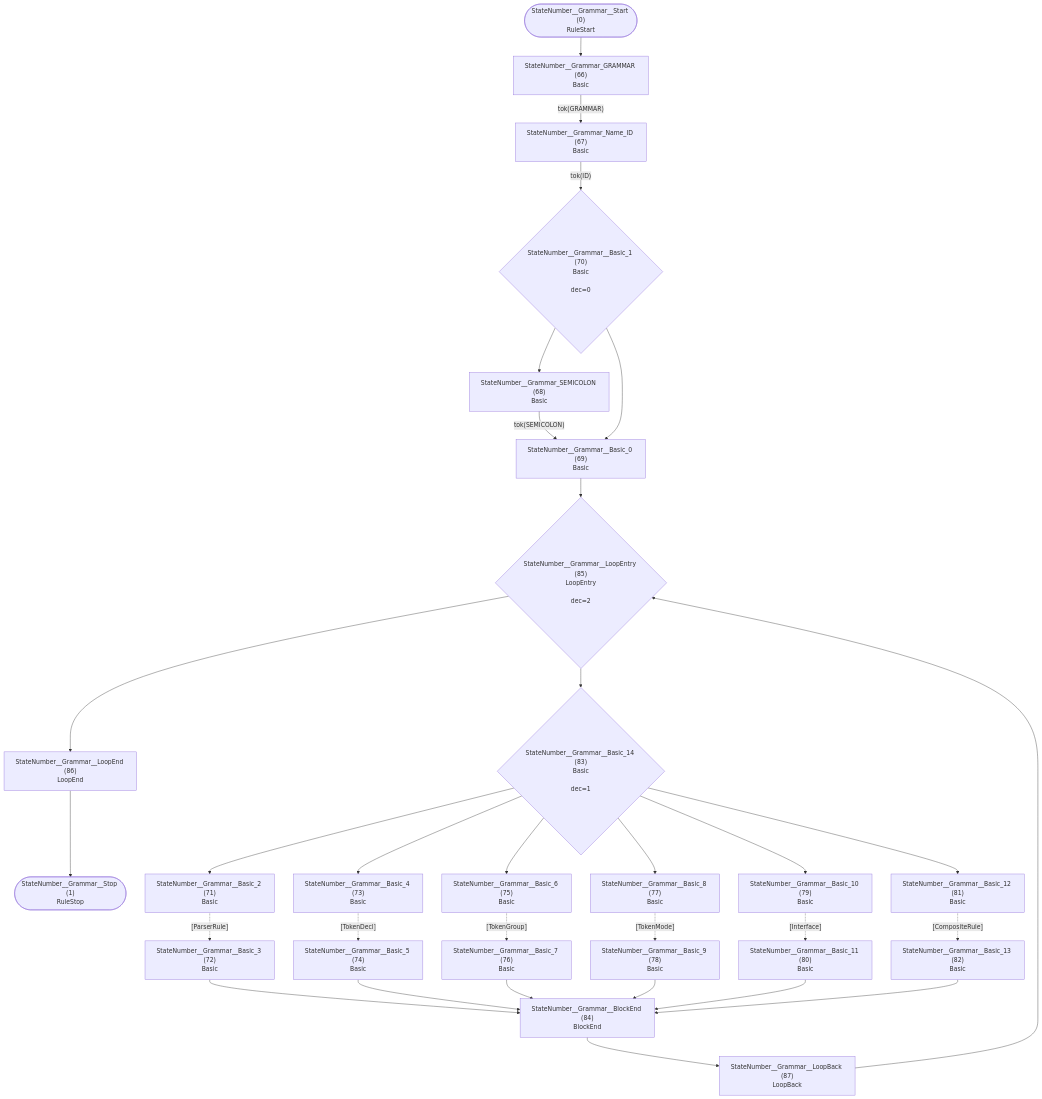
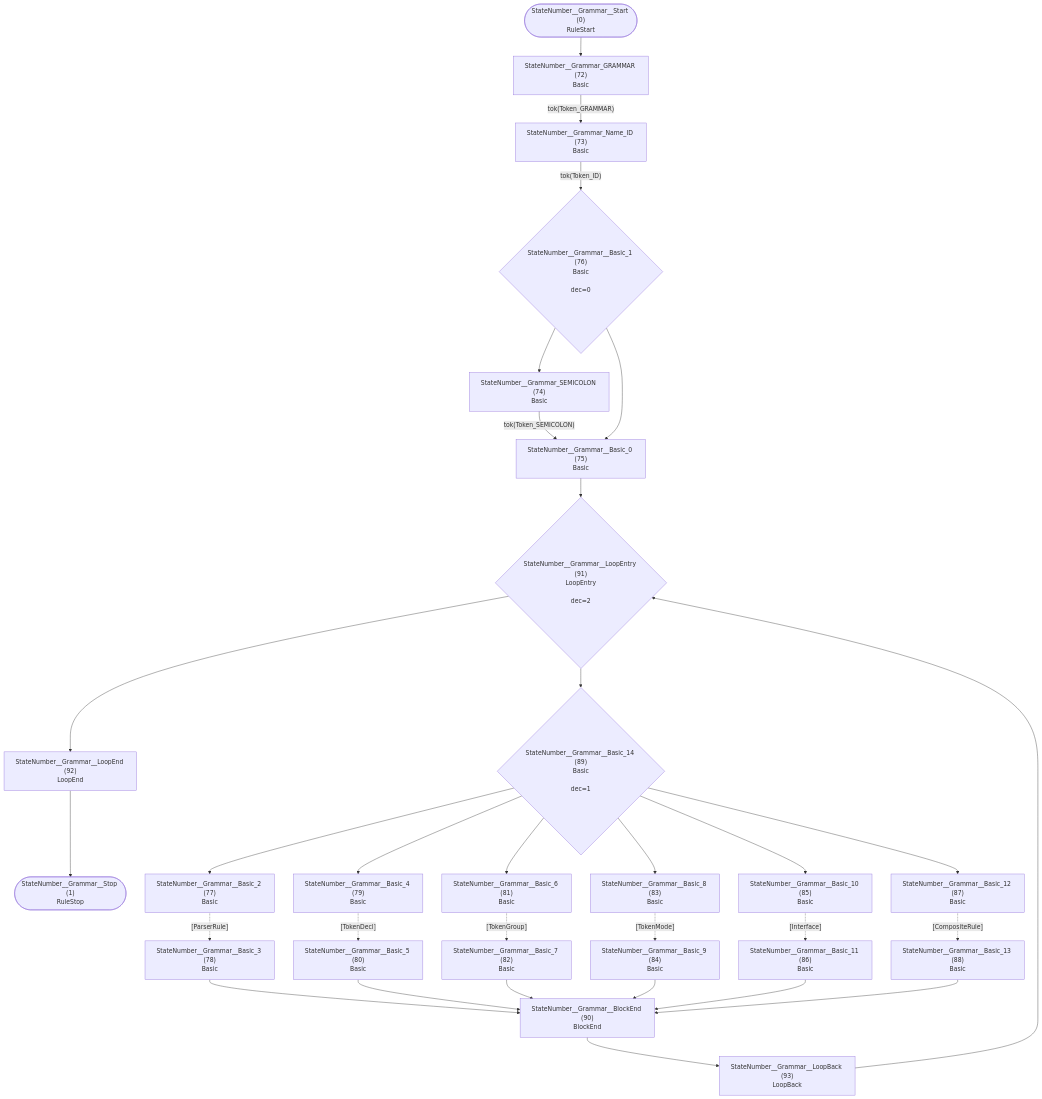
Before and after one commit to TypeFox/fastbelt: the first of 36 diagrams in internal/grammar/atn.md, drawn with Mermaid. The commit also changed other lines of this file and 6 other files, not shown here.

````diff
--- a/internal/grammar/atn.md
+++ b/internal/grammar/atn.md
@@ -5,58 +5,58 @@
 ```mermaid
 flowchart TD
     q0(["StateNumber__Grammar__Start (0)<br/>RuleStart"])
     q1(["StateNumber__Grammar__Stop (1)<br/>RuleStop"])
-    q66["StateNumber__Grammar_GRAMMAR (66)<br/>Basic<br/>"]
-    q67["StateNumber__Grammar_Name_ID (67)<br/>Basic<br/>"]
-    q68["StateNumber__Grammar_SEMICOLON (68)<br/>Basic<br/>"]
-    q69["StateNumber__Grammar__Basic_0 (69)<br/>Basic<br/>"]
-    q70{"StateNumber__Grammar__Basic_1 (70)<br/>Basic<br/><br/>dec=0"}
-    q71["StateNumber__Grammar__Basic_2 (71)<br/>Basic<br/>"]
-    q72["StateNumber__Grammar__Basic_3 (72)<br/>Basic<br/>"]
-    q73["StateNumber__Grammar__Basic_4 (73)<br/>Basic<br/>"]
-    q74["StateNumber__Grammar__Basic_5 (74)<br/>Basic<br/>"]
-    q75["StateNumber__Grammar__Basic_6 (75)<br/>Basic<br/>"]
-    q76["StateNumber__Grammar__Basic_7 (76)<br/>Basic<br/>"]
-    q77["StateNumber__Grammar__Basic_8 (77)<br/>Basic<br/>"]
-    q78["StateNumber__Grammar__Basic_9 (78)<br/>Basic<br/>"]
-    q79["StateNumber__Grammar__Basic_10 (79)<br/>Basic<br/>"]
-    q80["StateNumber__Grammar__Basic_11 (80)<br/>Basic<br/>"]
-    q81["StateNumber__Grammar__Basic_12 (81)<br/>Basic<br/>"]
-    q82["StateNumber__Grammar__Basic_13 (82)<br/>Basic<br/>"]
-    q83{"StateNumber__Grammar__Basic_14 (83)<br/>Basic<br/><br/>dec=1"}
-    q84["StateNumber__Grammar__BlockEnd (84)<br/>BlockEnd<br/>"]
-    q85{"StateNumber__Grammar__LoopEntry (85)<br/>LoopEntry<br/><br/>dec=2"}
-    q86["StateNumber__Grammar__LoopEnd (86)<br/>LoopEnd<br/>"]
-    q87["StateNumber__Grammar__LoopBack (87)<br/>LoopBack<br/>"]
+    q72["StateNumber__Grammar_GRAMMAR (72)<br/>Basic<br/>"]
+    q73["StateNumber__Grammar_Name_ID (73)<br/>Basic<br/>"]
+    q74["StateNumber__Grammar_SEMICOLON (74)<br/>Basic<br/>"]
+    q75["StateNumber__Grammar__Basic_0 (75)<br/>Basic<br/>"]
+    q76{"StateNumber__Grammar__Basic_1 (76)<br/>Basic<br/><br/>dec=0"}
+    q77["StateNumber__Grammar__Basic_2 (77)<br/>Basic<br/>"]
+    q78["StateNumber__Grammar__Basic_3 (78)<br/>Basic<br/>"]
+    q79["StateNumber__Grammar__Basic_4 (79)<br/>Basic<br/>"]
+    q80["StateNumber__Grammar__Basic_5 (80)<br/>Basic<br/>"]
+    q81["StateNumber__Grammar__Basic_6 (81)<br/>Basic<br/>"]
+    q82["StateNumber__Grammar__Basic_7 (82)<br/>Basic<br/>"]
+    q83["StateNumber__Grammar__Basic_8 (83)<br/>Basic<br/>"]
+    q84["StateNumber__Grammar__Basic_9 (84)<br/>Basic<br/>"]
+    q85["StateNumber__Grammar__Basic_10 (85)<br/>Basic<br/>"]
+    q86["StateNumber__Grammar__Basic_11 (86)<br/>Basic<br/>"]
+    q87["StateNumber__Grammar__Basic_12 (87)<br/>Basic<br/>"]
+    q88["StateNumber__Grammar__Basic_13 (88)<br/>Basic<br/>"]
+    q89{"StateNumber__Grammar__Basic_14 (89)<br/>Basic<br/><br/>dec=1"}
+    q90["StateNumber__Grammar__BlockEnd (90)<br/>BlockEnd<br/>"]
+    q91{"StateNumber__Grammar__LoopEntry (91)<br/>LoopEntry<br/><br/>dec=2"}
+    q92["StateNumber__Grammar__LoopEnd (92)<br/>LoopEnd<br/>"]
+    q93["StateNumber__Grammar__LoopBack (93)<br/>LoopBack<br/>"]
 
-    q0 --> q66
-    q66 -->|"tok(GRAMMAR)"| q67
-    q67 -->|"tok(ID)"| q70
-    q68 -->|"tok(SEMICOLON)"| q69
-    q69 --> q85
-    q70 --> q68
-    q70 --> q69
-    q71 -.->|"[ParserRule]"| q72
-    q72 --> q84
-    q73 -.->|"[TokenDecl]"| q74
-    q74 --> q84
-    q75 -.->|"[TokenGroup]"| q76
-    q76 --> q84
-    q77 -.->|"[TokenMode]"| q78
-    q78 --> q84
-    q79 -.->|"[Interface]"| q80
-    q80 --> q84
-    q81 -.->|"[CompositeRule]"| q82
-    q82 --> q84
-    q83 --> q71
-    q83 --> q73
-    q83 --> q75
-    q83 --> q77
-    q83 --> q79
-    q83 --> q81
-    q84 --> q87
-    q85 --> q83
-    q85 --> q86
-    q86 --> q1
-    q87 --> q85
+    q0 --> q72
+    q72 -->|"tok(Token_GRAMMAR)"| q73
+    q73 -->|"tok(Token_ID)"| q76
+    q74 -->|"tok(Token_SEMICOLON)"| q75
+    q75 --> q91
+    q76 --> q74
+    q76 --> q75
+    q77 -.->|"[ParserRule]"| q78
+    q78 --> q90
+    q79 -.->|"[TokenDecl]"| q80
+    q80 --> q90
+    q81 -.->|"[TokenGroup]"| q82
+    q82 --> q90
+    q83 -.->|"[TokenMode]"| q84
+    q84 --> q90
+    q85 -.->|"[Interface]"| q86
+    q86 --> q90
+    q87 -.->|"[CompositeRule]"| q88
+    q88 --> q90
+    q89 --> q77
+    q89 --> q79
+    q89 --> q81
+    q89 --> q83
+    q89 --> q85
+    q89 --> q87
+    q90 --> q93
+    q91 --> q89
+    q91 --> q92
+    q92 --> q1
+    q93 --> q91
 ```
````
